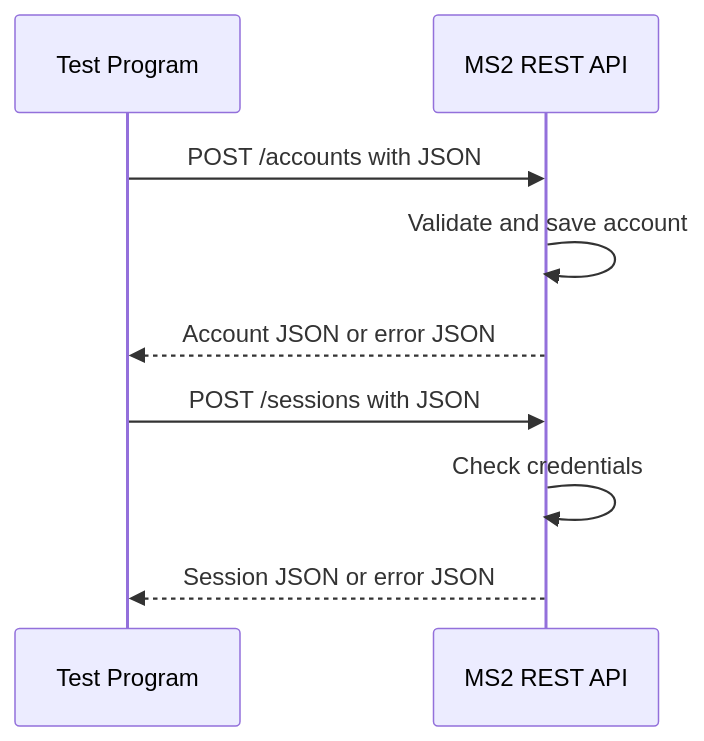
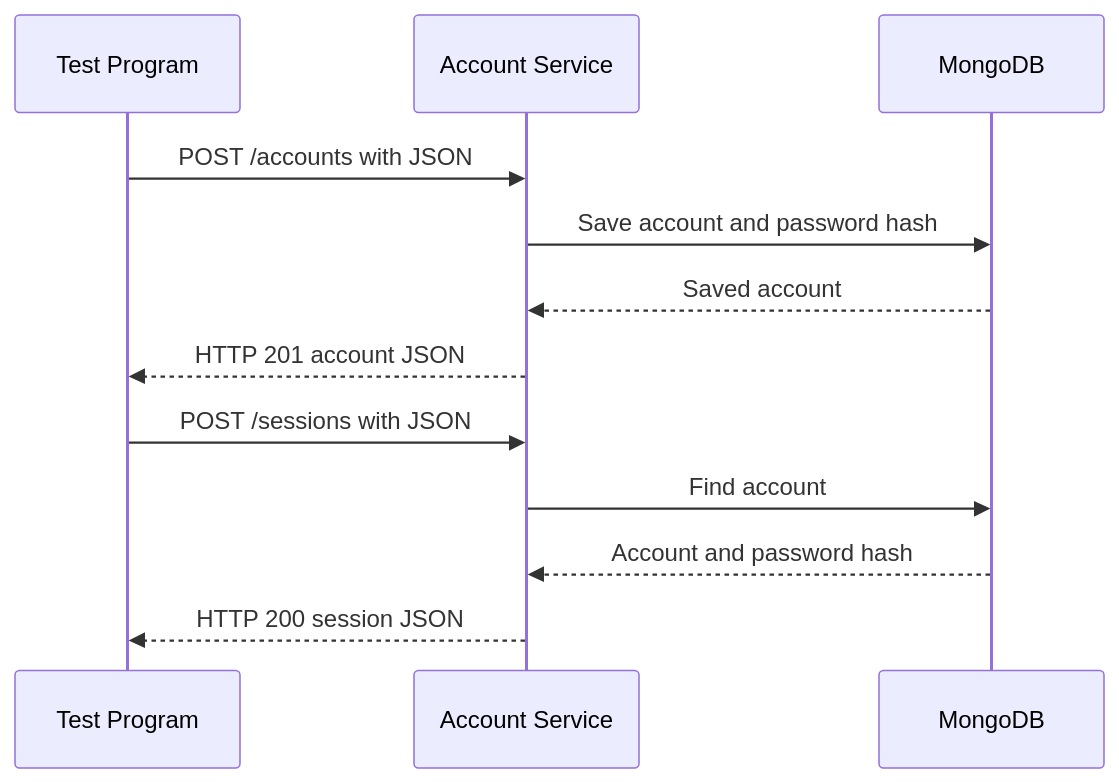
The diagram in README.md (Samantha-Source/CS361--Account-Registration-Service), drawn with Mermaid before and after one commit. The commit also changed other lines of this file and 28 other files, not shown here.

````diff
--- a/README.md
+++ b/README.md
@@ -156,12 +134,15 @@
 ```mermaid
 sequenceDiagram
-    participant Client as Test Program
-    participant MS2 as MS2 REST API
+    participant Program as Test Program
+    participant MS2 as Account Service
+    participant Mongo as MongoDB
 
-    Client->>MS2: POST /accounts with JSON
-    MS2->>MS2: Validate and save account
-    MS2-->>Client: Account JSON or error JSON
-    Client->>MS2: POST /sessions with JSON
-    MS2->>MS2: Check credentials
-    MS2-->>Client: Session JSON or error JSON
+    Program->>MS2: POST /accounts with JSON
+    MS2->>Mongo: Save account and password hash
+    Mongo-->>MS2: Saved account
+    MS2-->>Program: HTTP 201 account JSON
+    Program->>MS2: POST /sessions with JSON
+    MS2->>Mongo: Find account
+    Mongo-->>MS2: Account and password hash
+    MS2-->>Program: HTTP 200 session JSON
 ```
````
